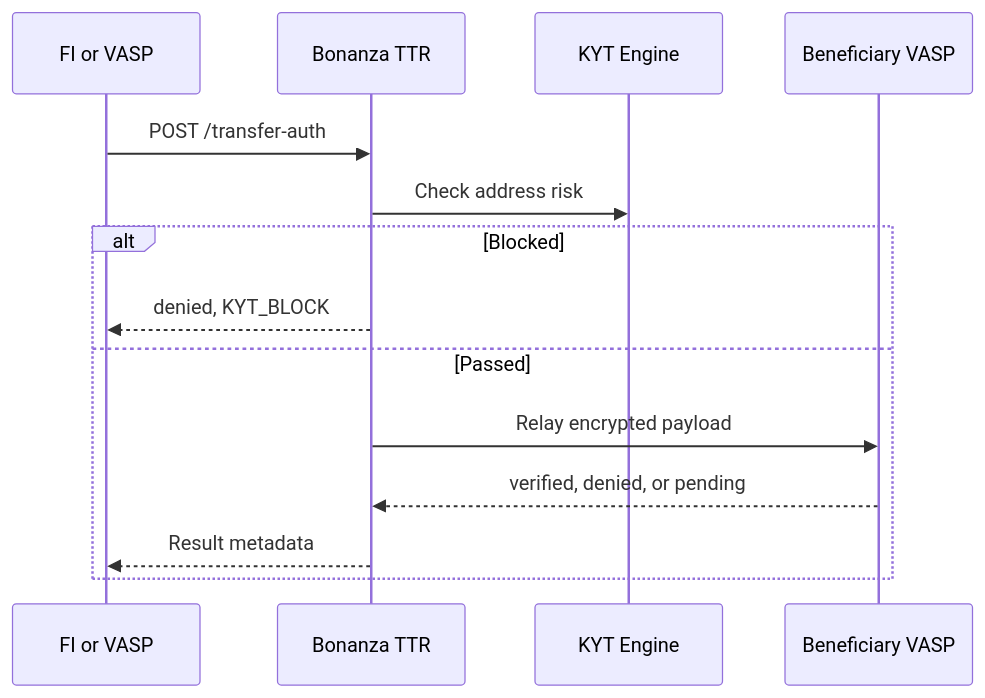
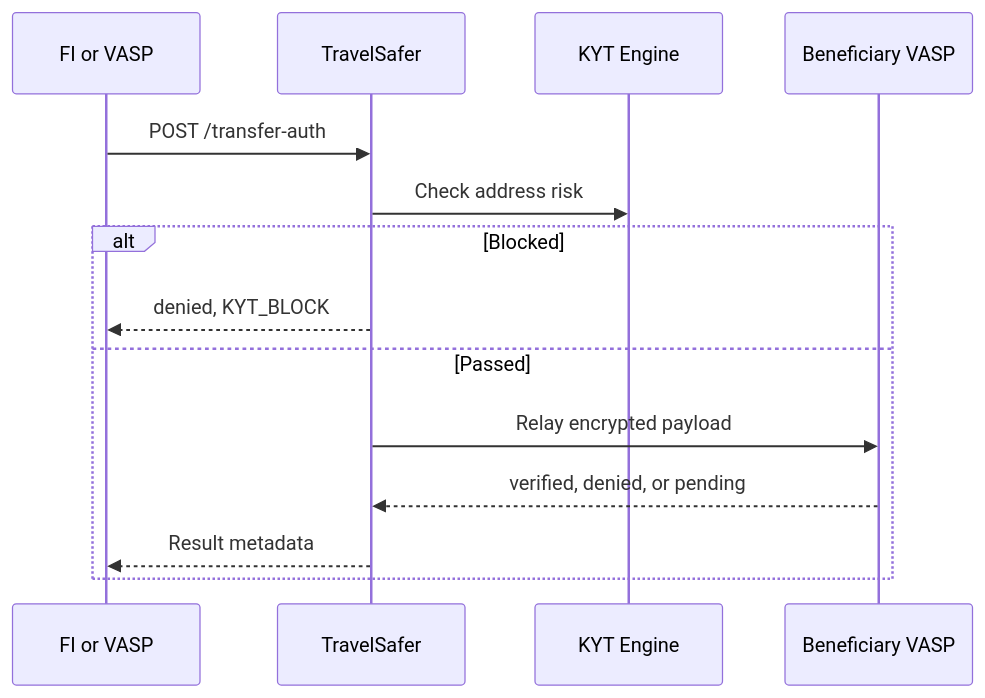
Before and after one commit to alvintracer/transight-tr: the diagram in docs/en/guide/kyt-gate.md, drawn with Mermaid. The commit also changed other lines of this file and 64 other files, not shown here.

Commit message:
Rename public brand to TravelSafer

````diff
--- a/docs/en/guide/kyt-gate.md
+++ b/docs/en/guide/kyt-gate.md
@@ -15,17 +15,17 @@
 ```mermaid
 sequenceDiagram
   participant FI as FI or VASP
-  participant TTR as Bonanza TTR
+  participant TTR as TravelSafer
   participant KYT as KYT Engine
   participant BFI as Beneficiary VASP
 
   FI->>TTR: POST /transfer-auth
   TTR->>KYT: Check address risk
   alt Blocked
     TTR-->>FI: denied, KYT_BLOCK
   else Passed
     TTR->>BFI: Relay encrypted payload
     BFI-->>TTR: verified, denied, or pending
     TTR-->>FI: Result metadata
   end
 ```
````
